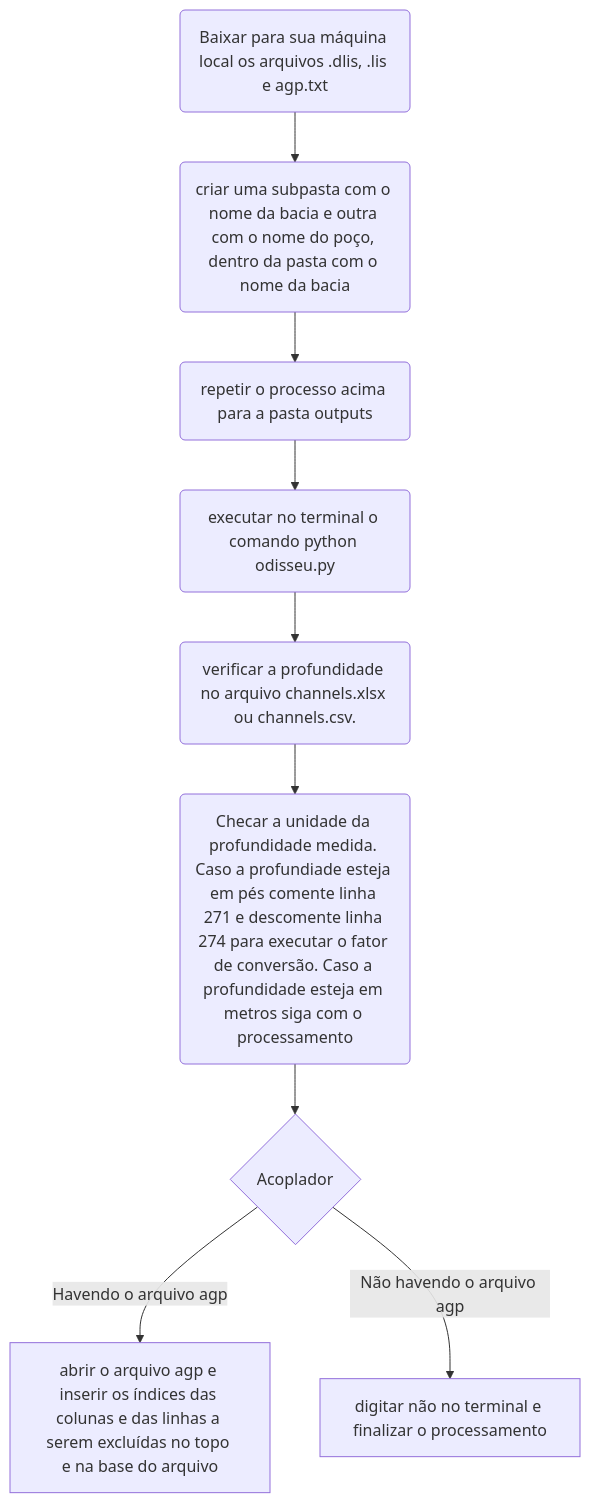
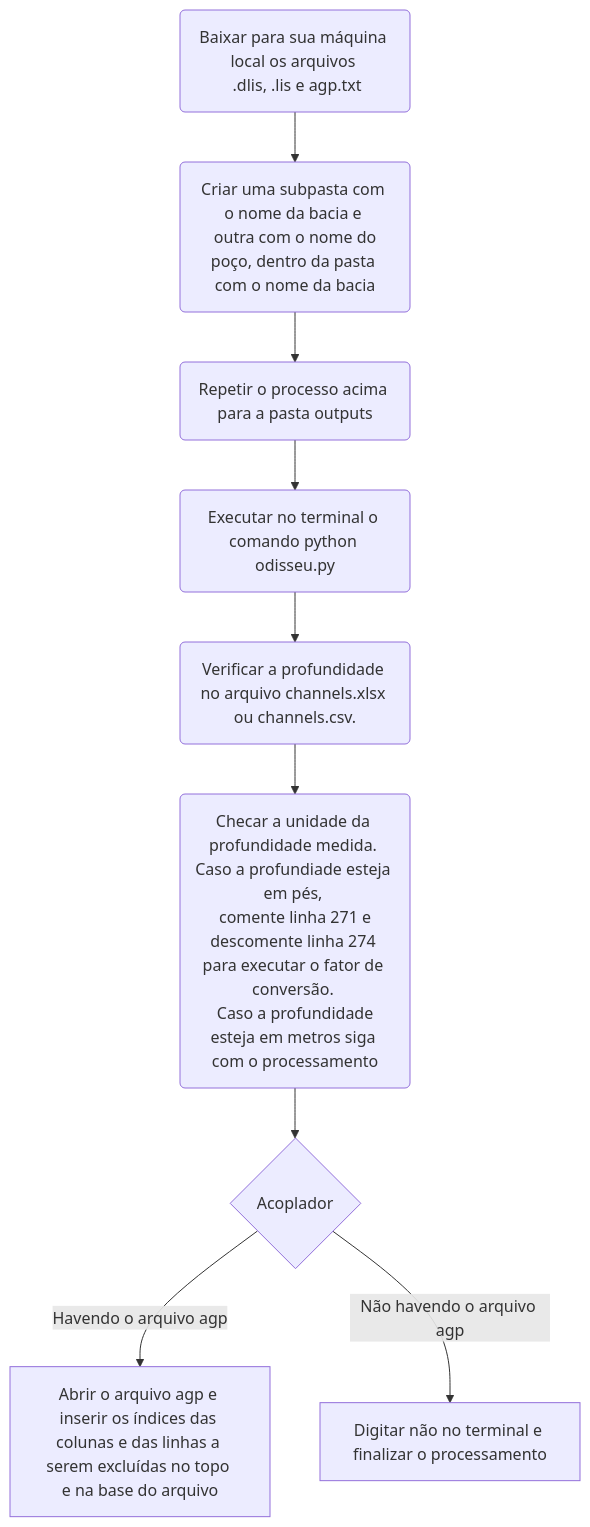
One commit to PR-4/Odisseia changed the diagram in README.md. Above: the diagram before and after it, drawn with Mermaid.

````diff
--- a/README.md
+++ b/README.md
@@ -18,16 +18,16 @@
 ```mermaid
 flowchart TD
 
-A(Baixar para sua máquina local os arquivos .dlis, .lis e agp.txt) --> B(criar uma subpasta com o nome da bacia e outra com o nome do poço, dentro da pasta com o nome da bacia)
-    B --> C(repetir o processo acima para a pasta outputs)
-    C --> D(executar no terminal o comando python odisseu.py)
-    D --> E(verificar a profundidade no arquivo channels.xlsx ou channels.csv. ) 
-    E --> F(Checar a unidade da profundidade medida. Caso a profundiade esteja em pés comente linha 271 e descomente linha 274 para executar o fator de conversão. Caso a profundidade esteja em metros siga com o processamento)
-    F --> G(alimentar a lista propriedades com as propriedades alvo)
+A(Baixar para sua máquina local os arquivos \n .dlis, .lis e agp.txt) --> B(Criar uma subpasta com o nome da bacia e \n outra com o nome do poço, dentro da pasta com o nome da bacia)
+    B --> C(Repetir o processo acima para a pasta outputs)
+    C --> D(Executar no terminal o comando python odisseu.py)
+    D --> E(Verificar a profundidade no arquivo channels.xlsx ou channels.csv. ) 
+    E --> F(Checar a unidade da profundidade medida. Caso a profundiade esteja em pés, \n comente linha 271 e descomente linha 274 para executar o fator de conversão. \n Caso a profundidade esteja em metros siga com o processamento)
+    F --> G(Alimentar a lista propriedades com as propriedades alvo)
 
                G{Acoplador}
-   G --> |Havendo o arquivo agp| H[abrir o arquivo agp e inserir os índices das colunas e das linhas a serem excluídas no topo e na base do arquivo]   
-   G --> |Não havendo o arquivo agp| I[digitar não no terminal e finalizar o processamento]
+   G --> |Havendo o arquivo agp| H[Abrir o arquivo agp e inserir os índices das colunas e das linhas a serem excluídas no topo e na base do arquivo]   
+   G --> |Não havendo o arquivo agp| I[Digitar não no terminal e finalizar o processamento]
 
 
 ```
````
